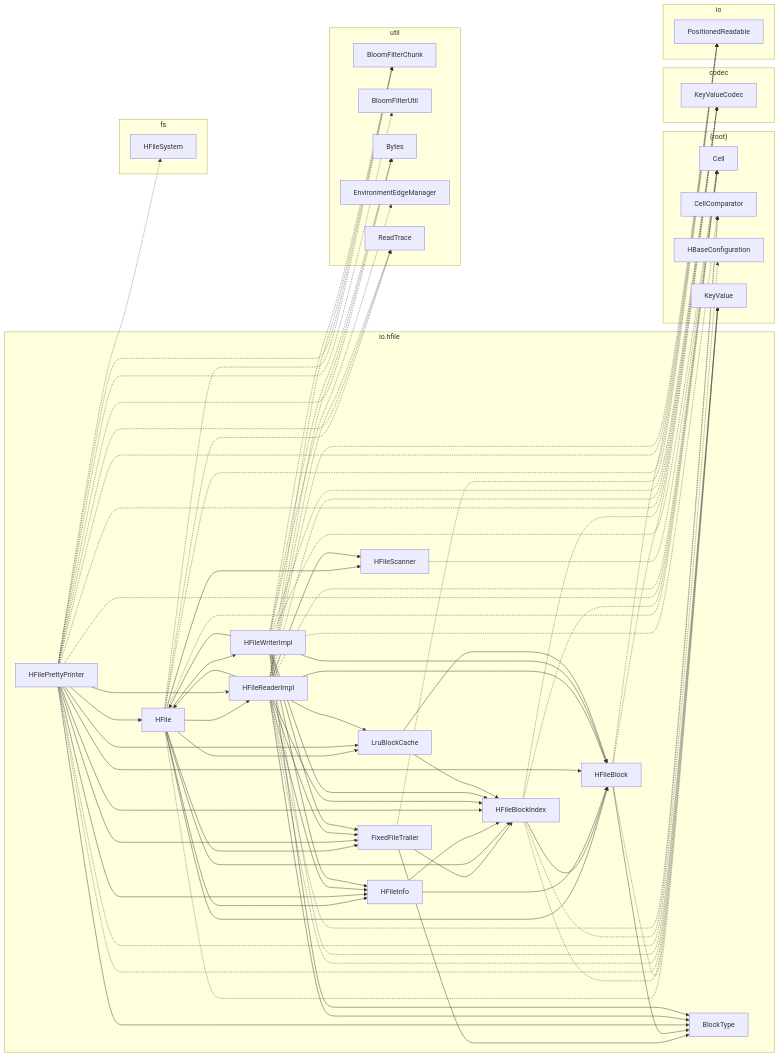
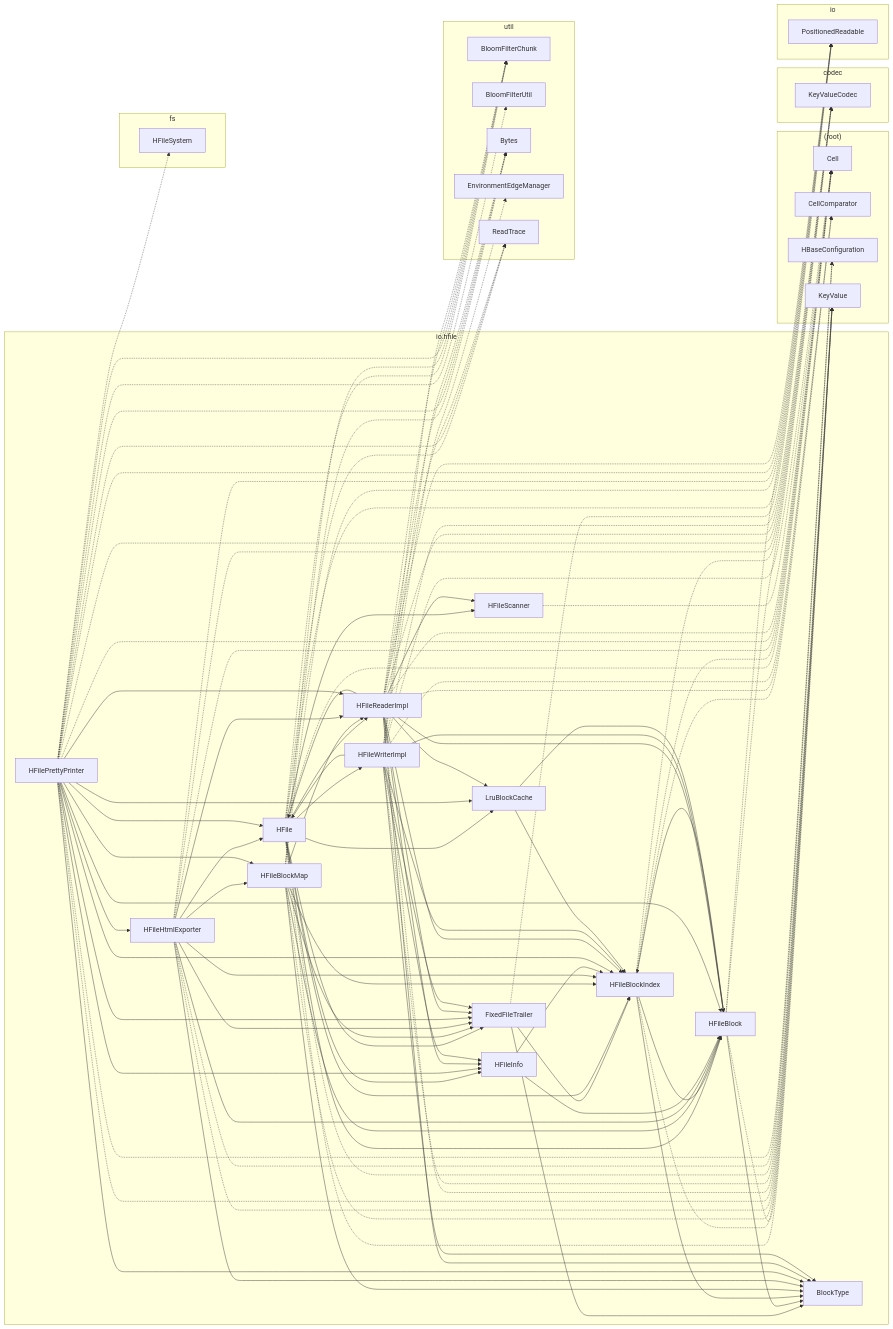
The eighth of 15 diagrams in docs/EDUDFSBASE_DEPENDENCIES.md (catothi/edudfs), drawn with Mermaid before and after one commit. The commit also changed other lines of this file and 28 other files, not shown here.

```diff
--- a/docs/EDUDFSBASE_DEPENDENCIES.md
+++ b/docs/EDUDFSBASE_DEPENDENCIES.md
@@ -520,6 +521,8 @@
         io_hfile_HFile["HFile"]
         io_hfile_HFileBlock["HFileBlock"]
         io_hfile_HFileBlockIndex["HFileBlockIndex"]
+        io_hfile_HFileBlockMap["HFileBlockMap"]
+        io_hfile_HFileHtmlExporter["HFileHtmlExporter"]
         io_hfile_HFileInfo["HFileInfo"]
         io_hfile_HFilePrettyPrinter["HFilePrettyPrinter"]
         io_hfile_HFileReaderImpl["HFileReaderImpl"]
@@ -553,6 +556,7 @@
     io_hfile_FixedFileTrailer --> io_hfile_BlockType
     io_hfile_FixedFileTrailer --> io_hfile_HFileBlockIndex
     io_hfile_HFile -.-> Cell
+    io_hfile_HFile -.-> HBaseConfiguration
     io_hfile_HFile -.-> KeyValue
     io_hfile_HFile -.-> io_PositionedReadable
     io_hfile_HFile --> io_hfile_FixedFileTrailer
@@ -569,11 +573,34 @@
     io_hfile_HFileBlock -.-> codec_KeyValueCodec
     io_hfile_HFileBlock -.-> io_PositionedReadable
     io_hfile_HFileBlock --> io_hfile_BlockType
+    io_hfile_HFileBlock --> io_hfile_HFileBlockIndex
     io_hfile_HFileBlockIndex -.-> Cell
     io_hfile_HFileBlockIndex -.-> CellComparator
     io_hfile_HFileBlockIndex -.-> KeyValue
     io_hfile_HFileBlockIndex -.-> codec_KeyValueCodec
+    io_hfile_HFileBlockIndex --> io_hfile_BlockType
     io_hfile_HFileBlockIndex --> io_hfile_HFileBlock
+    io_hfile_HFileBlockMap -.-> KeyValue
+    io_hfile_HFileBlockMap -.-> io_PositionedReadable
+    io_hfile_HFileBlockMap --> io_hfile_BlockType
+    io_hfile_HFileBlockMap --> io_hfile_FixedFileTrailer
+    io_hfile_HFileBlockMap --> io_hfile_HFileBlock
+    io_hfile_HFileBlockMap --> io_hfile_HFileBlockIndex
+    io_hfile_HFileBlockMap --> io_hfile_HFileReaderImpl
+    io_hfile_HFileBlockMap -.-> util_BloomFilterChunk
+    io_hfile_HFileBlockMap -.-> util_Bytes
+    io_hfile_HFileHtmlExporter -.-> Cell
+    io_hfile_HFileHtmlExporter -.-> HBaseConfiguration
+    io_hfile_HFileHtmlExporter -.-> KeyValue
+    io_hfile_HFileHtmlExporter -.-> codec_KeyValueCodec
+    io_hfile_HFileHtmlExporter -.-> io_PositionedReadable
+    io_hfile_HFileHtmlExporter --> io_hfile_BlockType
+    io_hfile_HFileHtmlExporter --> io_hfile_FixedFileTrailer
+    io_hfile_HFileHtmlExporter --> io_hfile_HFile
+    io_hfile_HFileHtmlExporter --> io_hfile_HFileBlock
+    io_hfile_HFileHtmlExporter --> io_hfile_HFileBlockIndex
+    io_hfile_HFileHtmlExporter --> io_hfile_HFileBlockMap
+    io_hfile_HFileHtmlExporter --> io_hfile_HFileReaderImpl
     io_hfile_HFileInfo --> io_hfile_HFileBlock
     io_hfile_HFileInfo --> io_hfile_HFileBlockIndex
     io_hfile_HFilePrettyPrinter -.-> Cell
@@ -587,6 +614,8 @@
     io_hfile_HFilePrettyPrinter --> io_hfile_HFile
     io_hfile_HFilePrettyPrinter --> io_hfile_HFileBlock
     io_hfile_HFilePrettyPrinter --> io_hfile_HFileBlockIndex
+    io_hfile_HFilePrettyPrinter --> io_hfile_HFileBlockMap
+    io_hfile_HFilePrettyPrinter --> io_hfile_HFileHtmlExporter
     io_hfile_HFilePrettyPrinter --> io_hfile_HFileInfo
     io_hfile_HFilePrettyPrinter --> io_hfile_HFileReaderImpl
     io_hfile_HFilePrettyPrinter --> io_hfile_LruBlockCache
```
